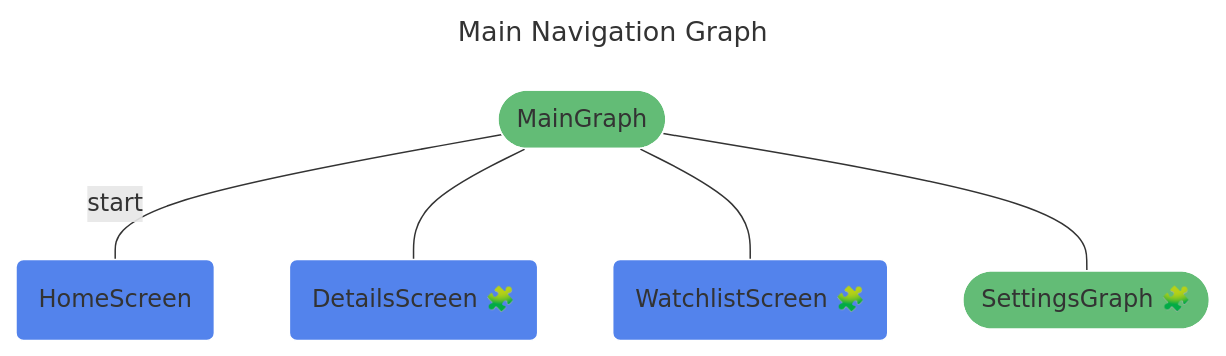
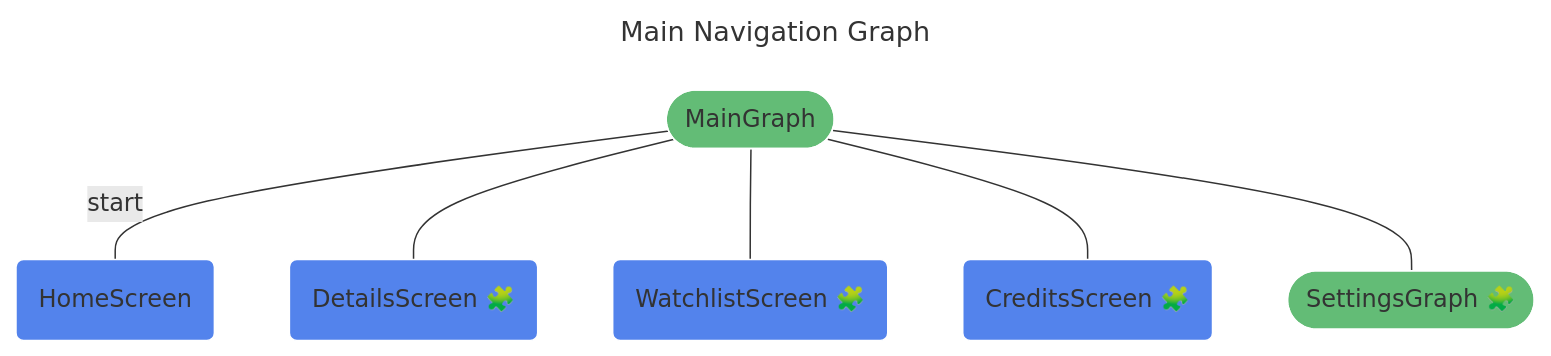
One commit to Divinelink/scenepeek-android changed the diagram in docs/MainNavGraph.mmd. Above: the diagram before and after it, drawn with Mermaid. The commit also changed 24 other files, not shown here.

Commit message:
feat: add credits module and screen

```diff
--- a/docs/MainNavGraph.mmd
+++ b/docs/MainNavGraph.mmd
@@ -1,16 +1,17 @@
 ---
 title: Main Navigation Graph
 ---
 %%{init: {'theme':'base', 'themeVariables': { 'primaryTextColor': '#fff' }}%%
 graph TD
 main(["MainGraph"]) -- "start" --- home_screen("HomeScreen")
 main(["MainGraph"]) --- details_screen_destination("DetailsScreen 🧩")
 main(["MainGraph"]) --- watchlist_screen_destination("WatchlistScreen 🧩")
+main(["MainGraph"]) --- credits_screen_destination("CreditsScreen 🧩")
 main(["MainGraph"]) --- settings_nav_g(["SettingsGraph 🧩"])
 
 click settings_nav_g "SettingsNavGraph.mmd" "See SettingsGraph details" _blank
 
 classDef destination fill:#5383EC,stroke:#ffffff;
-class home_screen,details_screen_destination,watchlist_screen_destination destination;
+class home_screen,details_screen_destination,watchlist_screen_destination,credits_screen_destination destination;
 classDef navgraph fill:#63BC76,stroke:#ffffff;
 class main,settings_nav_g navgraph;
```
